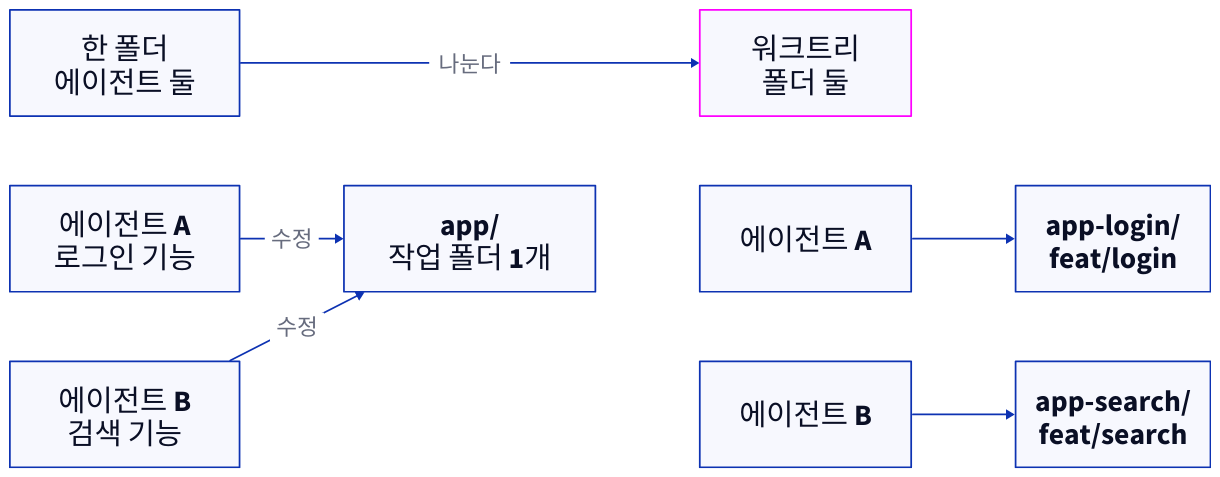
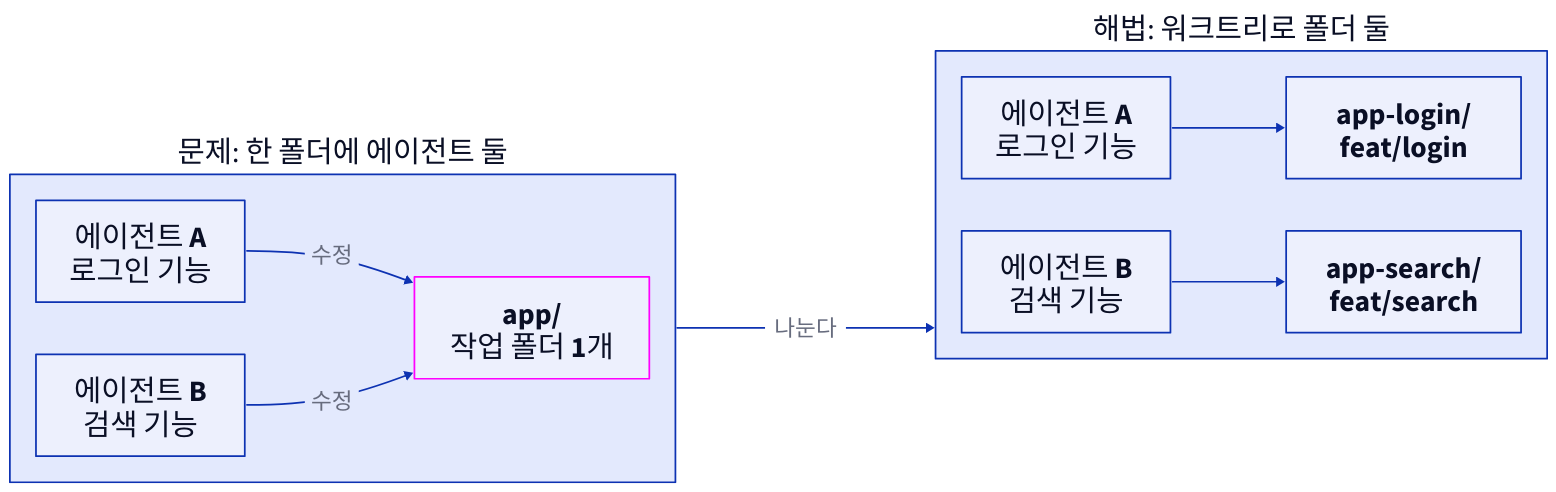
The diagram in kangnam-agentic/diagrams/src/p07-same-folder.d2 (TheMagicTower/korean-ai-dev-course), drawn with D2 before and after one commit. The commit also changed 15 other files, not shown here.

Commit message:
fix(kangnam-agentic): spell out remaining abbreviations; redraw same-folder diagram as problem/solution panels (#22)

```diff
--- a/kangnam-agentic/diagrams/src/p07-same-folder.d2
+++ b/kangnam-agentic/diagrams/src/p07-same-folder.d2
@@ -1,24 +1,20 @@
-grid-rows: 3
-grid-columns: 4
-horizontal-gap: 120
-vertical-gap: 80
-h1: "한 폴더\n에이전트 둘"
-x1: "" {style.opacity: 0; style.stroke-width: 0}
-h2: "워크트리\n폴더 둘" {style.stroke: "#ff00ff"}
-x2: "" {style.opacity: 0; style.stroke-width: 0}
-a1: "에이전트 A\n로그인 기능"
-dir: "app/\n작업 폴더 1개"
-b1: "에이전트 A"
-w1: "app-login/\nfeat/login"
-a2: "에이전트 B\n검색 기능"
-x3: "" {style.opacity: 0; style.stroke-width: 0}
-b2: "에이전트 B"
-w2: "app-search/\nfeat/search"
-h1 -> h2: "나눈다"
-a1 -> dir: "수정"
-a2 -> dir: "수정"
-b1 -> w1
-b2 -> w2
+direction: right
+before: "문제: 한 폴더에 에이전트 둘" {
+  a: "에이전트 A\n로그인 기능" {width: 240}
+  b: "에이전트 B\n검색 기능" {width: 240}
+  dir: "app/\n작업 폴더 1개" {width: 270; style.stroke: "#ff00ff"}
+  a -> dir: "수정"
+  b -> dir: "수정"
+}
+after: "해법: 워크트리로 폴더 둘" {
+  a: "에이전트 A\n로그인 기능" {width: 240}
+  b: "에이전트 B\n검색 기능" {width: 240}
+  w1: "app-login/\nfeat/login" {width: 270}
+  w2: "app-search/\nfeat/search" {width: 270}
+  a -> w1
+  b -> w2
+}
+before -> after: "나눈다"
 
 **.style.font-size: 34
 (** -> **)[*].style.font-size: 26
```
